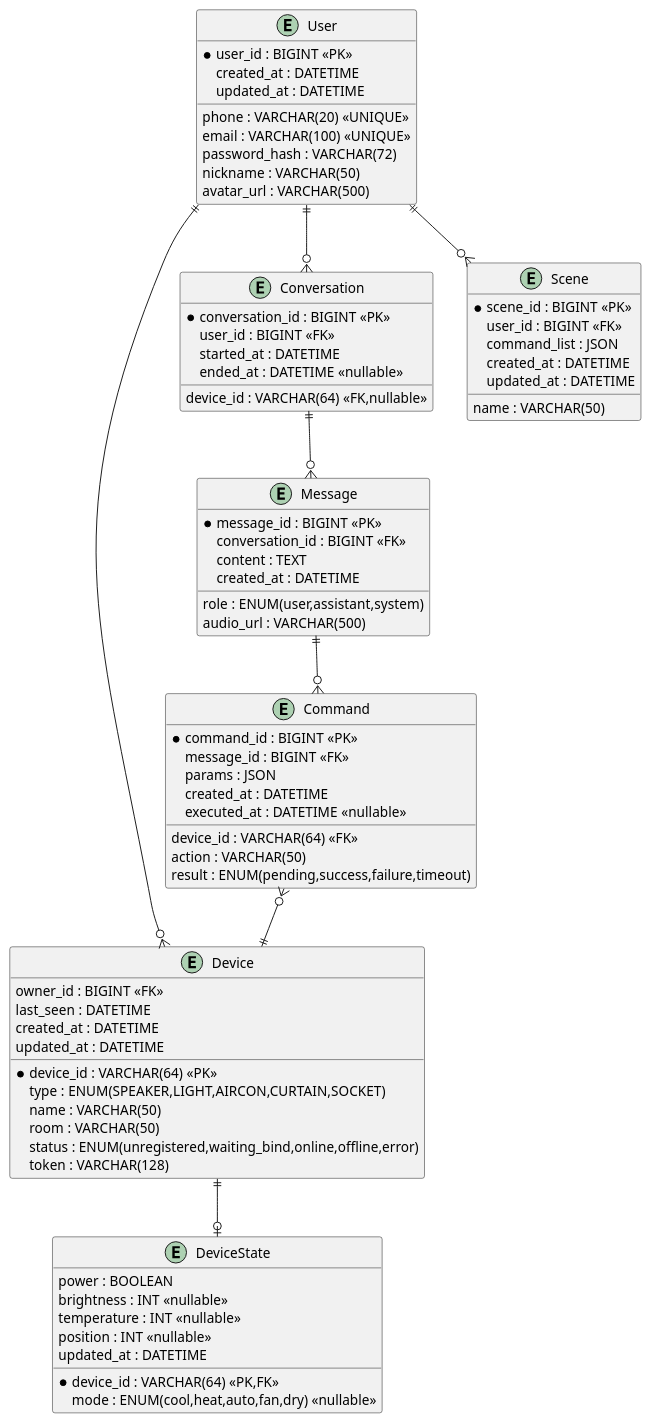
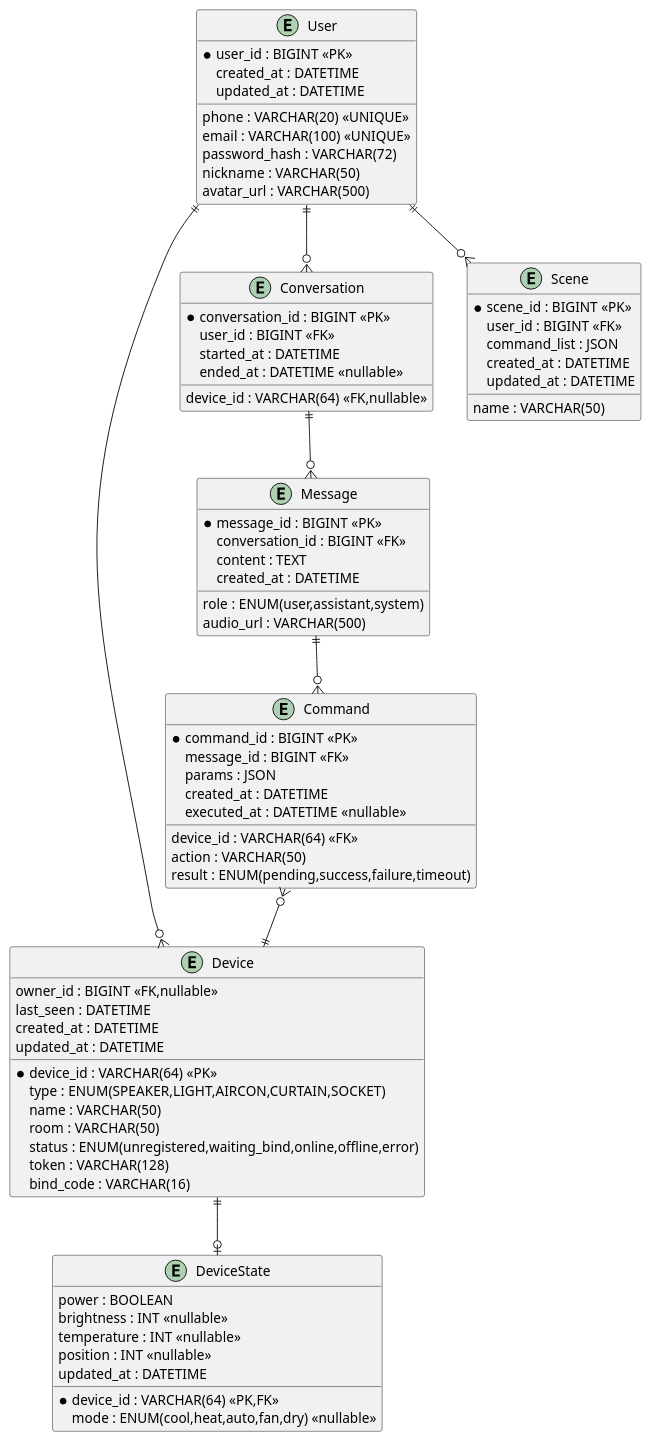
Before and after one commit to Yoruko666/Taffy-Assistant: the third of 6 diagrams in docs/03-软件设计文档.md, drawn with PlantUML. The commit also changed other lines of this file and 23 other files, not shown here.

````diff
--- a/docs/03-软件设计文档.md
+++ b/docs/03-软件设计文档.md
@@ -460,76 +471,77 @@
 ```plantuml
 @startuml
 entity User {
   * user_id : BIGINT <<PK>>
   phone : VARCHAR(20) <<UNIQUE>>
   email : VARCHAR(100) <<UNIQUE>>
   password_hash : VARCHAR(72)
   nickname : VARCHAR(50)
   avatar_url : VARCHAR(500)
   created_at : DATETIME
   updated_at : DATETIME
 }
 entity Device {
   * device_id : VARCHAR(64) <<PK>>
-  owner_id : BIGINT <<FK>>
+  owner_id : BIGINT <<FK,nullable>>
   type : ENUM(SPEAKER,LIGHT,AIRCON,CURTAIN,SOCKET)
   name : VARCHAR(50)
   room : VARCHAR(50)
   status : ENUM(unregistered,waiting_bind,online,offline,error)
   token : VARCHAR(128)
+  bind_code : VARCHAR(16)
   last_seen : DATETIME
   created_at : DATETIME
   updated_at : DATETIME
 }
 entity DeviceState {
   * device_id : VARCHAR(64) <<PK,FK>>
   power : BOOLEAN
   brightness : INT <<nullable>>
   temperature : INT <<nullable>>
   mode : ENUM(cool,heat,auto,fan,dry) <<nullable>>
   position : INT <<nullable>>
   updated_at : DATETIME
 }
 entity Conversation {
   * conversation_id : BIGINT <<PK>>
   user_id : BIGINT <<FK>>
   device_id : VARCHAR(64) <<FK,nullable>>
   started_at : DATETIME
   ended_at : DATETIME <<nullable>>
 }
 entity Message {
   * message_id : BIGINT <<PK>>
   conversation_id : BIGINT <<FK>>
   role : ENUM(user,assistant,system)
   content : TEXT
   audio_url : VARCHAR(500)
   created_at : DATETIME
 }
 entity Command {
   * command_id : BIGINT <<PK>>
   message_id : BIGINT <<FK>>
   device_id : VARCHAR(64) <<FK>>
   action : VARCHAR(50)
   params : JSON
   result : ENUM(pending,success,failure,timeout)
   created_at : DATETIME
   executed_at : DATETIME <<nullable>>
 }
 entity Scene {
   * scene_id : BIGINT <<PK>>
   user_id : BIGINT <<FK>>
   name : VARCHAR(50)
   command_list : JSON
   created_at : DATETIME
   updated_at : DATETIME
 }
 
 User ||--o{ Device
 Device ||--o| DeviceState
 User ||--o{ Conversation
 User ||--o{ Scene
 Conversation ||--o{ Message
 Message ||--o{ Command
 Command }o--|| Device
 @enduml
 ```
````
